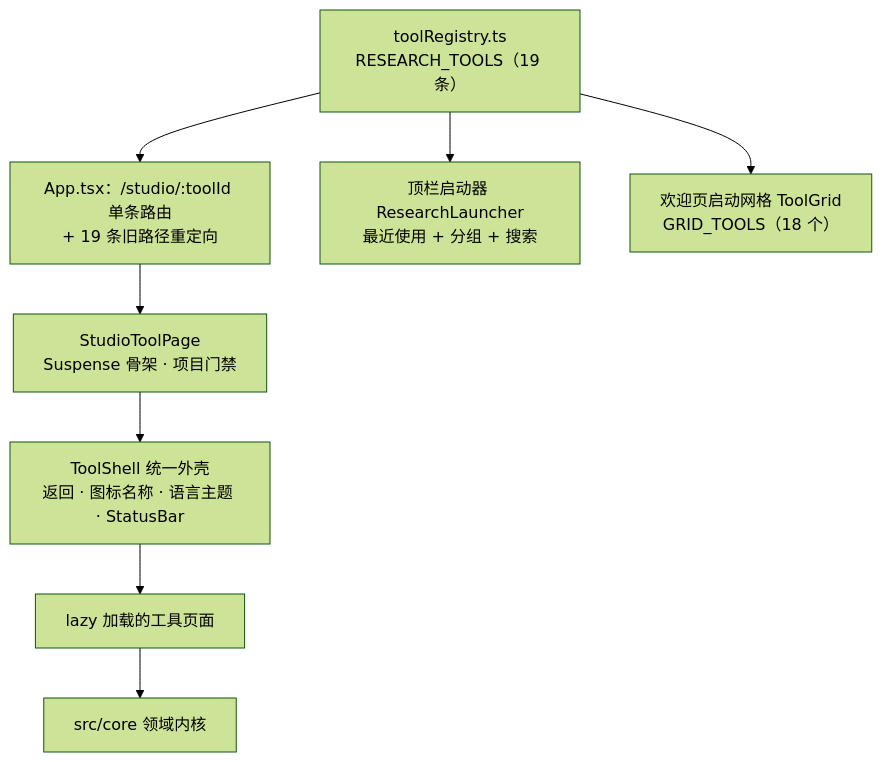
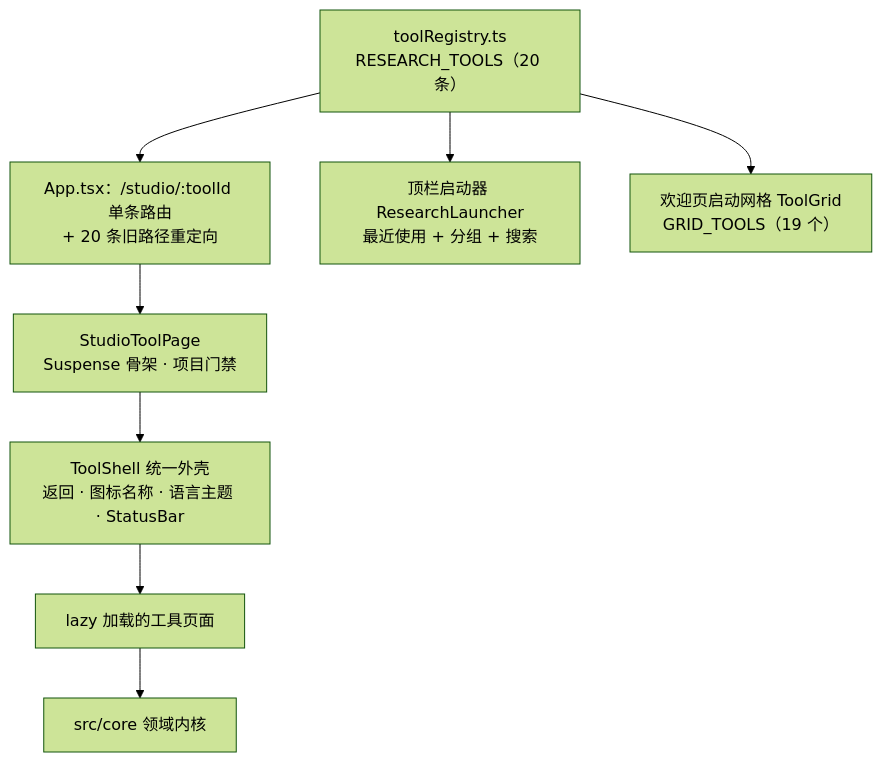
One commit to SnowLeopard-io/ErgalicsStudio changed the first of 2 diagrams in docs/technical/05-科研工具集.md. Above: the diagram before and after it, drawn with Mermaid (forest theme). The commit also changed other lines of this file and 128 other files, not shown here.

````diff
--- a/docs/technical/05-科研工具集.md
+++ b/docs/technical/05-科研工具集.md
@@ -20,11 +20,11 @@
 ```mermaid
 flowchart TD
-    R["toolRegistry.ts<br/>RESEARCH_TOOLS（19 条）"]
-    R --> A["App.tsx：/studio/:toolId 单条路由<br/>+ 19 条旧路径重定向"]
+    R["toolRegistry.ts<br/>RESEARCH_TOOLS（20 条）"]
+    R --> A["App.tsx：/studio/:toolId 单条路由<br/>+ 20 条旧路径重定向"]
     R --> B["顶栏启动器 ResearchLauncher<br/>最近使用 + 分组 + 搜索"]
-    R --> C["欢迎页启动网格 ToolGrid<br/>GRID_TOOLS（18 个）"]
+    R --> C["欢迎页启动网格 ToolGrid<br/>GRID_TOOLS（19 个）"]
     A --> D["StudioToolPage<br/>Suspense 骨架 · 项目门禁"]
     D --> E["ToolShell 统一外壳<br/>返回 · 图标名称 · 语言主题 · StatusBar"]
     E --> F["lazy 加载的工具页面"]
     F --> G["src/core 领域内核"]
 ```
````
